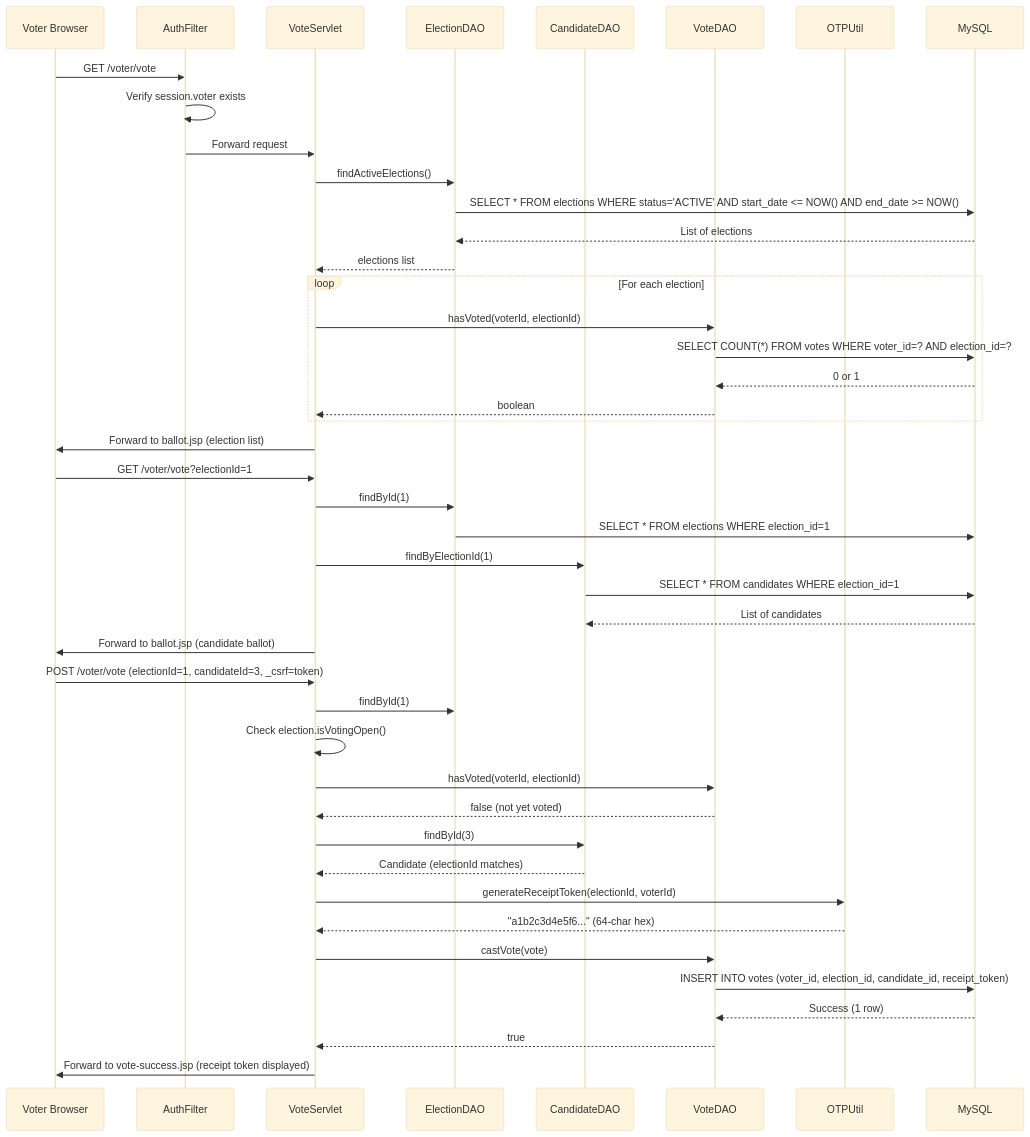
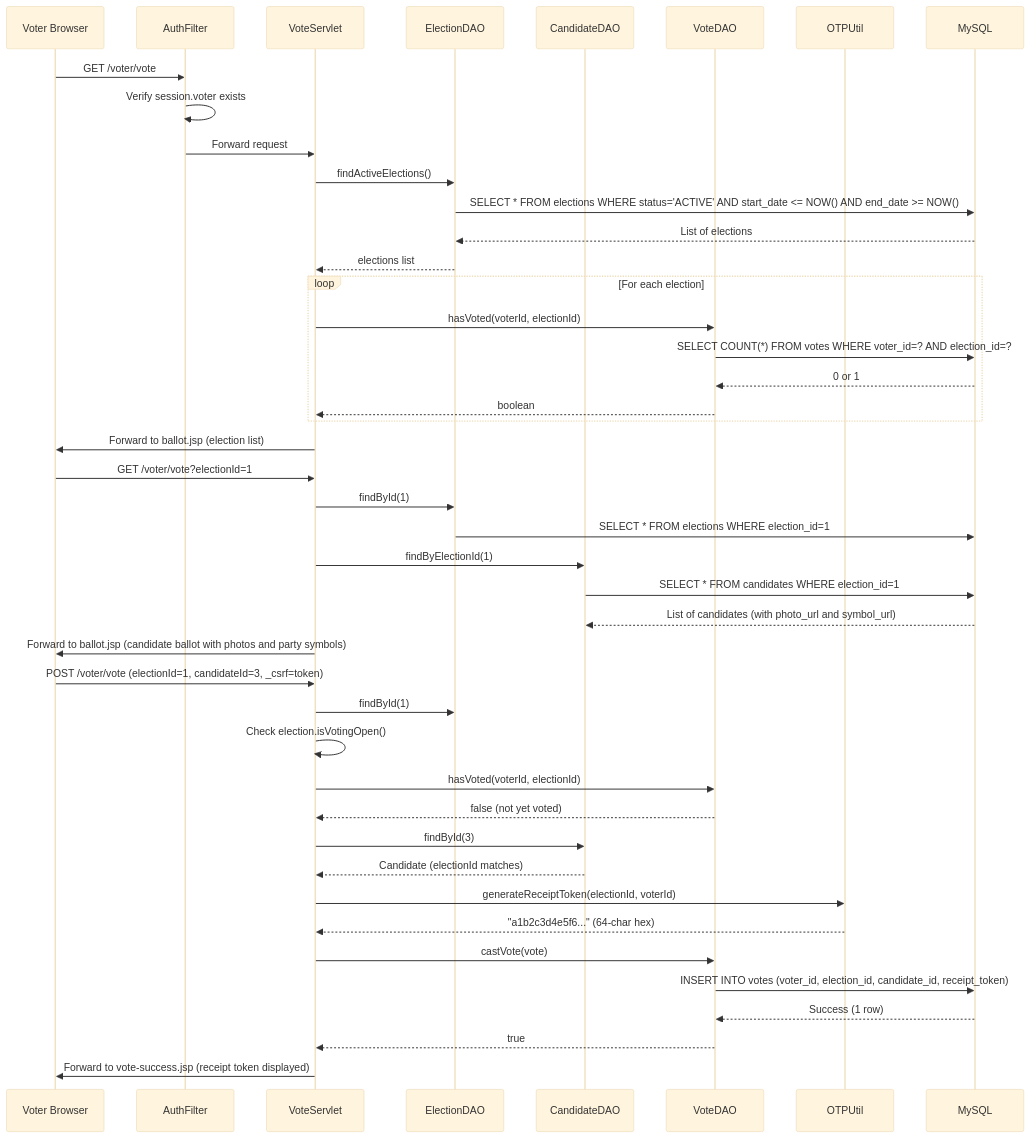
Before and after one commit to kartikeysingh72/E-Voting: diagram 11 of 21 in TECHNICAL_DOCUMENTATION.md, drawn with Mermaid (base theme). The commit also changed other lines of this file and 2 other files, not shown here.

````diff
--- a/TECHNICAL_DOCUMENTATION.md
+++ b/TECHNICAL_DOCUMENTATION.md
@@ -692,58 +727,58 @@
 ```mermaid
 sequenceDiagram
     participant V as Voter Browser
     participant AF as AuthFilter
     participant VS as VoteServlet
     participant EDAO as ElectionDAO
     participant CDAO as CandidateDAO
     participant VDAO as VoteDAO
     participant OT as OTPUtil
     participant DB as MySQL
 
     V->>AF: GET /voter/vote
     AF->>AF: Verify session.voter exists
     AF->>VS: Forward request
 
     VS->>EDAO: findActiveElections()
     EDAO->>DB: SELECT * FROM elections WHERE status='ACTIVE' AND start_date <= NOW() AND end_date >= NOW()
     DB-->>EDAO: List of elections
     EDAO-->>VS: elections list
 
     loop For each election
         VS->>VDAO: hasVoted(voterId, electionId)
         VDAO->>DB: SELECT COUNT(*) FROM votes WHERE voter_id=? AND election_id=?
         DB-->>VDAO: 0 or 1
         VDAO-->>VS: boolean
     end
 
     VS->>V: Forward to ballot.jsp (election list)
 
     V->>VS: GET /voter/vote?electionId=1
     VS->>EDAO: findById(1)
     EDAO->>DB: SELECT * FROM elections WHERE election_id=1
     VS->>CDAO: findByElectionId(1)
     CDAO->>DB: SELECT * FROM candidates WHERE election_id=1
-    DB-->>CDAO: List of candidates
-    VS->>V: Forward to ballot.jsp (candidate ballot)
+    DB-->>CDAO: List of candidates (with photo_url and symbol_url)
+    VS->>V: Forward to ballot.jsp (candidate ballot with photos and party symbols)
 
     V->>VS: POST /voter/vote (electionId=1, candidateId=3, _csrf=token)
 
     VS->>EDAO: findById(1)
     VS->>VS: Check election.isVotingOpen()
 
     VS->>VDAO: hasVoted(voterId, electionId)
     VDAO-->>VS: false (not yet voted)
 
     VS->>CDAO: findById(3)
     CDAO-->>VS: Candidate (electionId matches)
 
     VS->>OT: generateReceiptToken(electionId, voterId)
     OT-->>VS: "a1b2c3d4e5f6..." (64-char hex)
 
     VS->>VDAO: castVote(vote)
     VDAO->>DB: INSERT INTO votes (voter_id, election_id, candidate_id, receipt_token)
     DB-->>VDAO: Success (1 row)
     VDAO-->>VS: true
 
     VS->>V: Forward to vote-success.jsp (receipt token displayed)
 ```
````
